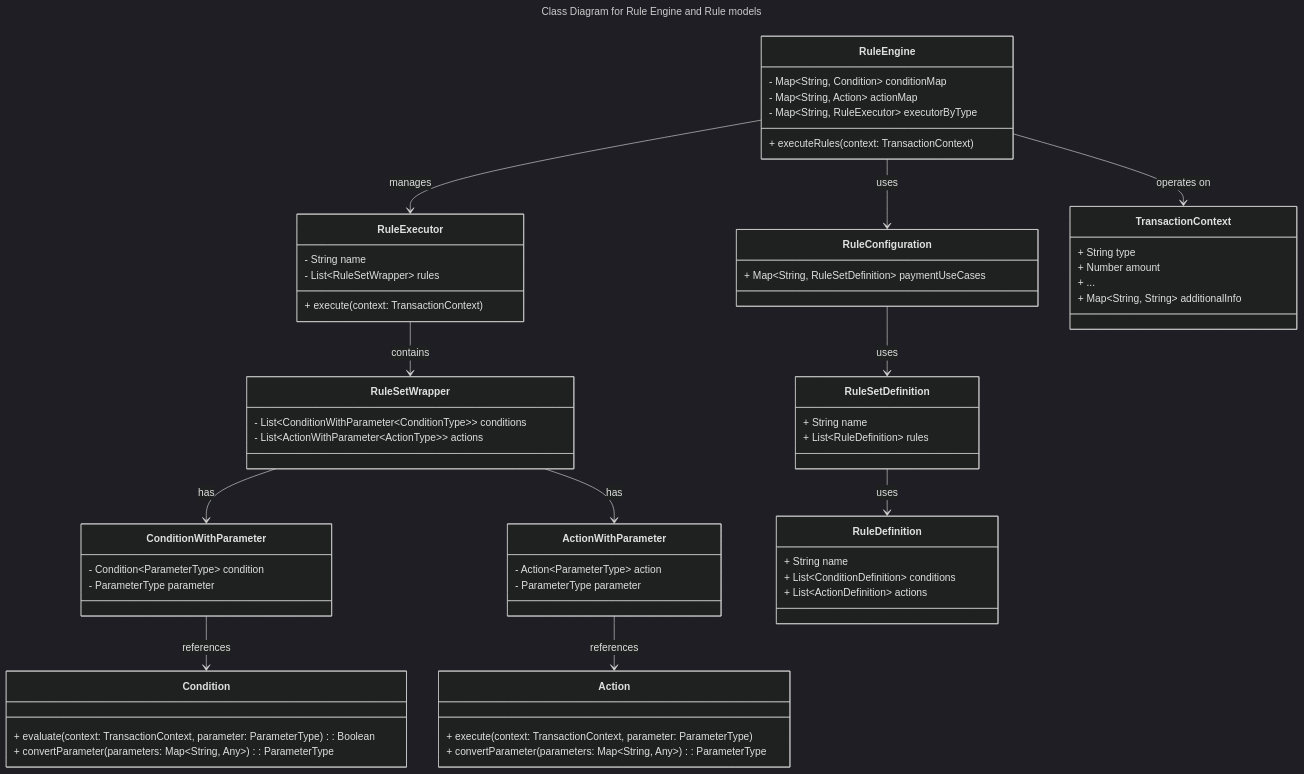
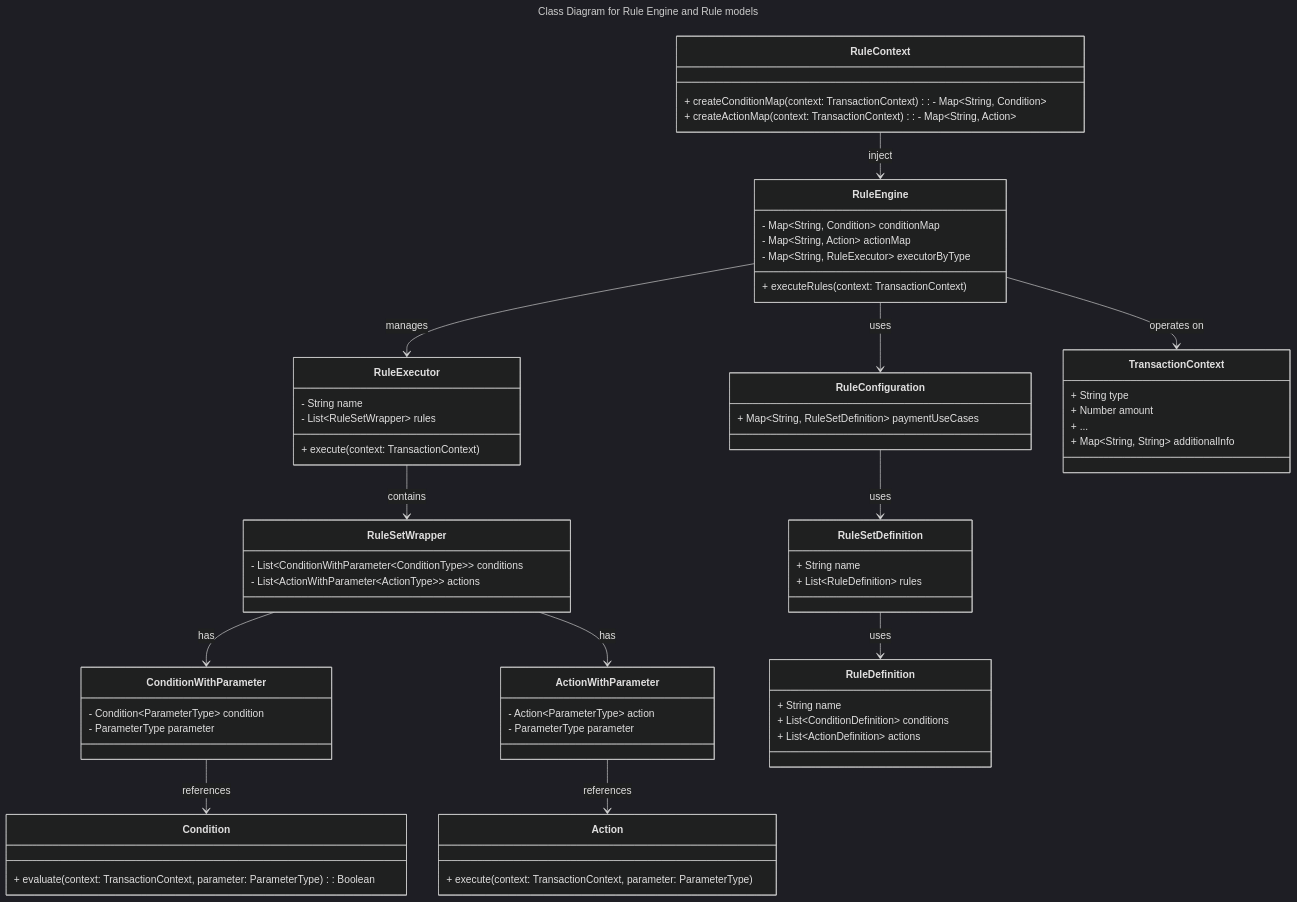
Before and after one commit to thanhtrixx/rule-engine: the first of 3 diagrams in README.md, drawn with Mermaid (dark theme). The commit also changed 11 other files, not shown here.

````diff
--- a/README.md
+++ b/README.md
@@ -5,76 +5,80 @@
 ```mermaid
 ---
 title: Class Diagram for Rule Engine and Rule models
 ---
 classDiagram
     class RuleEngine {
         - Map~String, Condition~ conditionMap
         - Map~String, Action~ actionMap
         - Map~String, RuleExecutor~ executorByType
         + executeRules(context: TransactionContext)
+    }
+
+    class RuleContext {
+        + createConditionMap(context: TransactionContext): - Map~String, Condition~
+        + createActionMap(context: TransactionContext): - Map~String, Action~
     }
 
     class RuleExecutor {
         - String name
         - List~RuleSetWrapper~ rules
         + execute(context: TransactionContext)
     }
 
     class RuleSetWrapper {
         - List~ConditionWithParameter~ConditionType~~ conditions
         - List~ActionWithParameter~ActionType~~ actions
     }
 
     class ConditionWithParameter {
         - Condition~ParameterType~ condition
         - ParameterType parameter
     }
 
     class ActionWithParameter {
         - Action~ParameterType~ action
         - ParameterType parameter
     }
 
     class RuleConfiguration {
         + Map~String, RuleSetDefinition~ paymentUseCases
     }
 
 
     class RuleSetDefinition {
         + String name
         + List~RuleDefinition~ rules
     }
     class RuleDefinition {
         + String name
         + List~ConditionDefinition~ conditions
         + List~ActionDefinition~ actions
     }
 
     class TransactionContext {
         + String type
         + Number amount
         + ...
         + Map~String, String~ additionalInfo
     }
 
     class Condition {
         + evaluate(context: TransactionContext, parameter: ParameterType): Boolean
-        + convertParameter(parameters: Map~String, Any~): ParameterType
     }
 
     class Action {
         + execute(context: TransactionContext, parameter: ParameterType)
-        + convertParameter(parameters: Map~String, Any~): ParameterType
     }
 
     RuleEngine --> RuleExecutor : manages
     RuleExecutor --> RuleSetWrapper : contains
     RuleSetWrapper --> ConditionWithParameter : has
     RuleSetWrapper --> ActionWithParameter : has
     RuleEngine --> RuleConfiguration : uses
+    RuleContext --> RuleEngine : inject
     RuleConfiguration --> RuleSetDefinition : uses
     RuleSetDefinition --> RuleDefinition : uses
     ConditionWithParameter --> Condition : references
     ActionWithParameter --> Action : references
     RuleEngine --> TransactionContext : operates on
 ```
````
